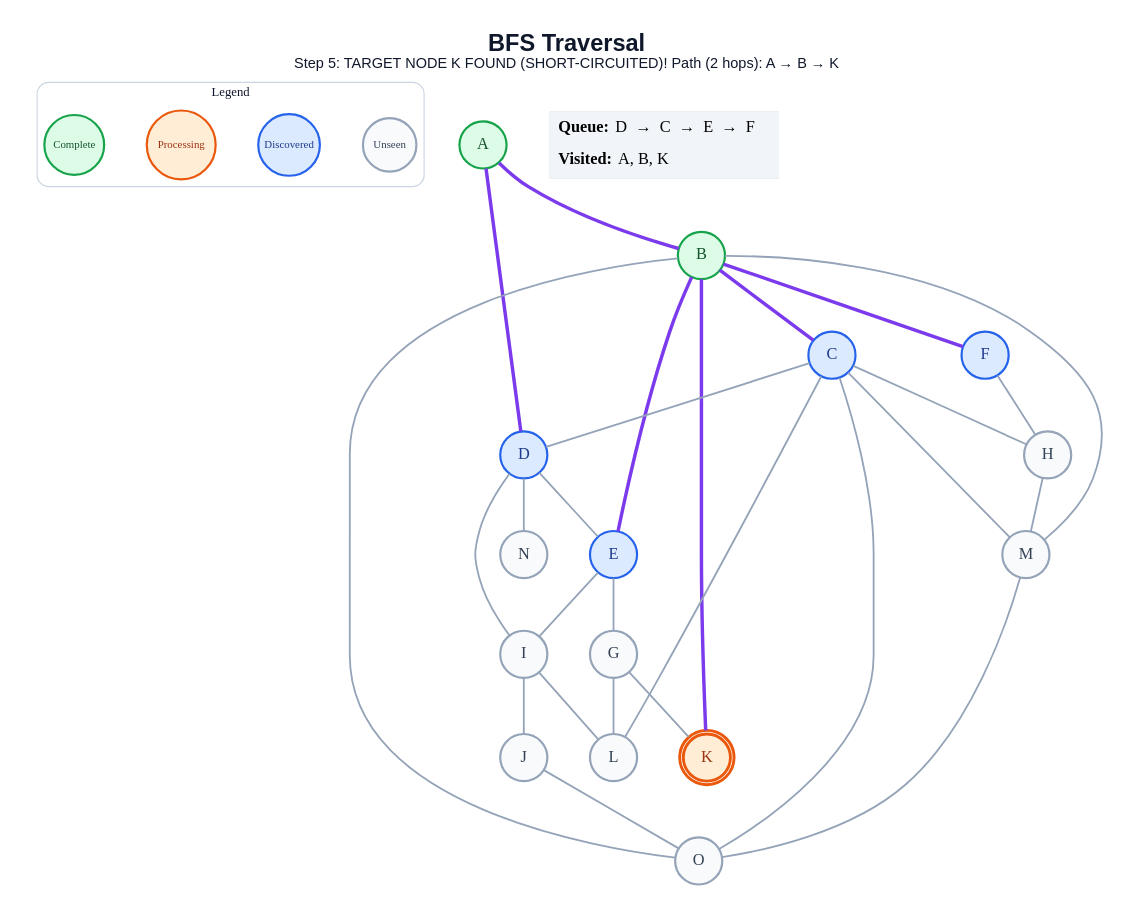
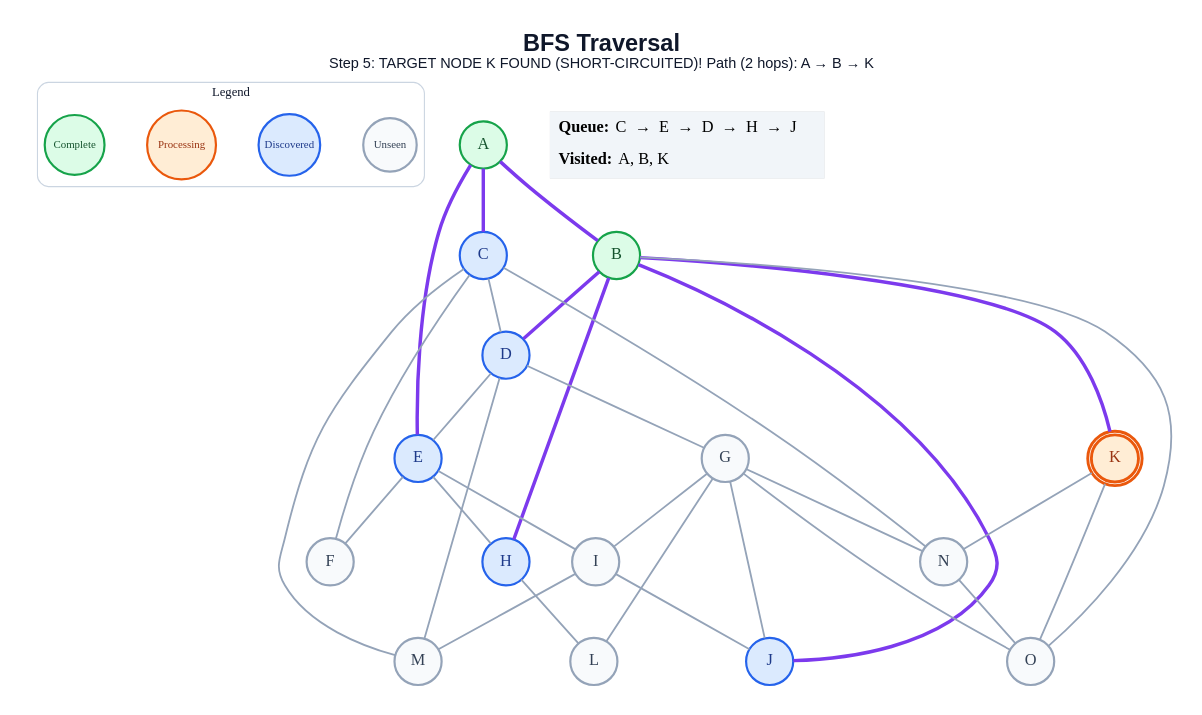
Before and after one commit to anon7238593-create/ai-slop: the diagram in generated/short-circuit/bfs/step_05.dot, drawn with Graphviz. The commit also changed 209 other files, not shown here.

```diff
--- a/generated/short-circuit/bfs/step_05.dot
+++ b/generated/short-circuit/bfs/step_05.dot
@@ -1,60 +1,63 @@
 graph traversal {
   graph [layout=dot, rankdir=TB, bgcolor="#FFFFFF", pad="0.35", nodesep="0.65", ranksep="0.8", fontname="Arial"];
   node [shape=circle, style="filled", fontname="Arial Bold", fontsize=18, width=0.72, fixedsize=true, penwidth=2.4];
   edge [color="#94A3B8", penwidth=2.0];
   label=<<B>BFS Traversal</B><BR/><FONT POINT-SIZE="16">Step 5: TARGET NODE K FOUND (SHORT-CIRCUITED)! Path (2 hops): A → B → K</FONT>>; labelloc="t"; fontsize=26; fontname="Arial"; fontcolor="#0F172A";
   subgraph cluster_legend { label="Legend"; color="#CBD5E1"; penwidth=1.2; style="rounded"; fontsize=14; fontname="Arial Bold";
     key_unseen [label="Unseen", fillcolor="#F8FAFC", color="#94A3B8", fontcolor="#334155", fontsize=12, width=0.82];
     key_frontier [label="Discovered", fillcolor="#DBEAFE", color="#2563EB", fontcolor="#1E3A8A", fontsize=12, width=0.95];
     key_current [label="Processing", fillcolor="#FFEDD5", color="#EA580C", fontcolor="#9A3412", fontsize=12, width=1.05];
     key_done [label="Complete", fillcolor="#DCFCE7", color="#16A34A", fontcolor="#14532D", fontsize=12, width=0.92];
     { rank=same; key_unseen; key_frontier; key_current; key_done; }
   }
   A [label="A", fillcolor="#DCFCE7", color="#16A34A", fontcolor="#14532D", peripheries=1, penwidth=2.4];
   B [label="B", fillcolor="#DCFCE7", color="#16A34A", fontcolor="#14532D", peripheries=1, penwidth=2.4];
   C [label="C", fillcolor="#DBEAFE", color="#2563EB", fontcolor="#1E3A8A", peripheries=1, penwidth=2.4];
   D [label="D", fillcolor="#DBEAFE", color="#2563EB", fontcolor="#1E3A8A", peripheries=1, penwidth=2.4];
   E [label="E", fillcolor="#DBEAFE", color="#2563EB", fontcolor="#1E3A8A", peripheries=1, penwidth=2.4];
-  F [label="F", fillcolor="#DBEAFE", color="#2563EB", fontcolor="#1E3A8A", peripheries=1, penwidth=2.4];
+  F [label="F", fillcolor="#F8FAFC", color="#94A3B8", fontcolor="#334155", peripheries=1, penwidth=2.4];
   G [label="G", fillcolor="#F8FAFC", color="#94A3B8", fontcolor="#334155", peripheries=1, penwidth=2.4];
-  H [label="H", fillcolor="#F8FAFC", color="#94A3B8", fontcolor="#334155", peripheries=1, penwidth=2.4];
+  H [label="H", fillcolor="#DBEAFE", color="#2563EB", fontcolor="#1E3A8A", peripheries=1, penwidth=2.4];
   I [label="I", fillcolor="#F8FAFC", color="#94A3B8", fontcolor="#334155", peripheries=1, penwidth=2.4];
-  J [label="J", fillcolor="#F8FAFC", color="#94A3B8", fontcolor="#334155", peripheries=1, penwidth=2.4];
+  J [label="J", fillcolor="#DBEAFE", color="#2563EB", fontcolor="#1E3A8A", peripheries=1, penwidth=2.4];
   K [label="K", fillcolor="#FFEDD5", color="#EA580C", fontcolor="#9A3412", peripheries=2, penwidth=3.2];
   L [label="L", fillcolor="#F8FAFC", color="#94A3B8", fontcolor="#334155", peripheries=1, penwidth=2.4];
   M [label="M", fillcolor="#F8FAFC", color="#94A3B8", fontcolor="#334155", peripheries=1, penwidth=2.4];
   N [label="N", fillcolor="#F8FAFC", color="#94A3B8", fontcolor="#334155", peripheries=1, penwidth=2.4];
   O [label="O", fillcolor="#F8FAFC", color="#94A3B8", fontcolor="#334155", peripheries=1, penwidth=2.4];
   A -- B [color="#7C3AED", penwidth=3.8];
-  A -- D [color="#7C3AED", penwidth=3.8];
-  B -- C [color="#7C3AED", penwidth=3.8];
-  B -- E [color="#7C3AED", penwidth=3.8];
-  B -- F [color="#7C3AED", penwidth=3.8];
+  A -- C [color="#7C3AED", penwidth=3.8];
+  A -- E [color="#7C3AED", penwidth=3.8];
+  B -- D [color="#7C3AED", penwidth=3.8];
+  B -- H [color="#7C3AED", penwidth=3.8];
+  B -- J [color="#7C3AED", penwidth=3.8];
   B -- K [color="#7C3AED", penwidth=3.8];
-  B -- M;
   B -- O;
   C -- D;
-  C -- H;
-  C -- L;
+  C -- F;
   C -- M;
-  C -- O;
+  C -- N;
   D -- E;
-  D -- I;
-  D -- N;
-  E -- G;
+  D -- G;
+  D -- M;
+  E -- F;
+  E -- H;
   E -- I;
-  F -- H;
-  G -- K;
+  G -- I;
+  G -- J;
   G -- L;
-  H -- M;
+  G -- N;
+  G -- O;
+  H -- L;
   I -- J;
-  I -- L;
-  J -- O;
-  M -- O;
+  I -- M;
+  K -- N;
+  K -- O;
+  N -- O;
   status [shape=plain, fixedsize=false, width=0, height=0, margin=0, label=<
     <TABLE BORDER="0" CELLBORDER="0" CELLPADDING="7" BGCOLOR="#F1F5F9">
-      <TR><TD ALIGN="LEFT"><B>Queue:</B> D  →  C  →  E  →  F</TD></TR>
+      <TR><TD ALIGN="LEFT"><B>Queue:</B> C  →  E  →  D  →  H  →  J</TD></TR>
       <TR><TD ALIGN="LEFT"><B>Visited:</B> A, B, K</TD></TR>
     </TABLE>
   >];
 }
```
